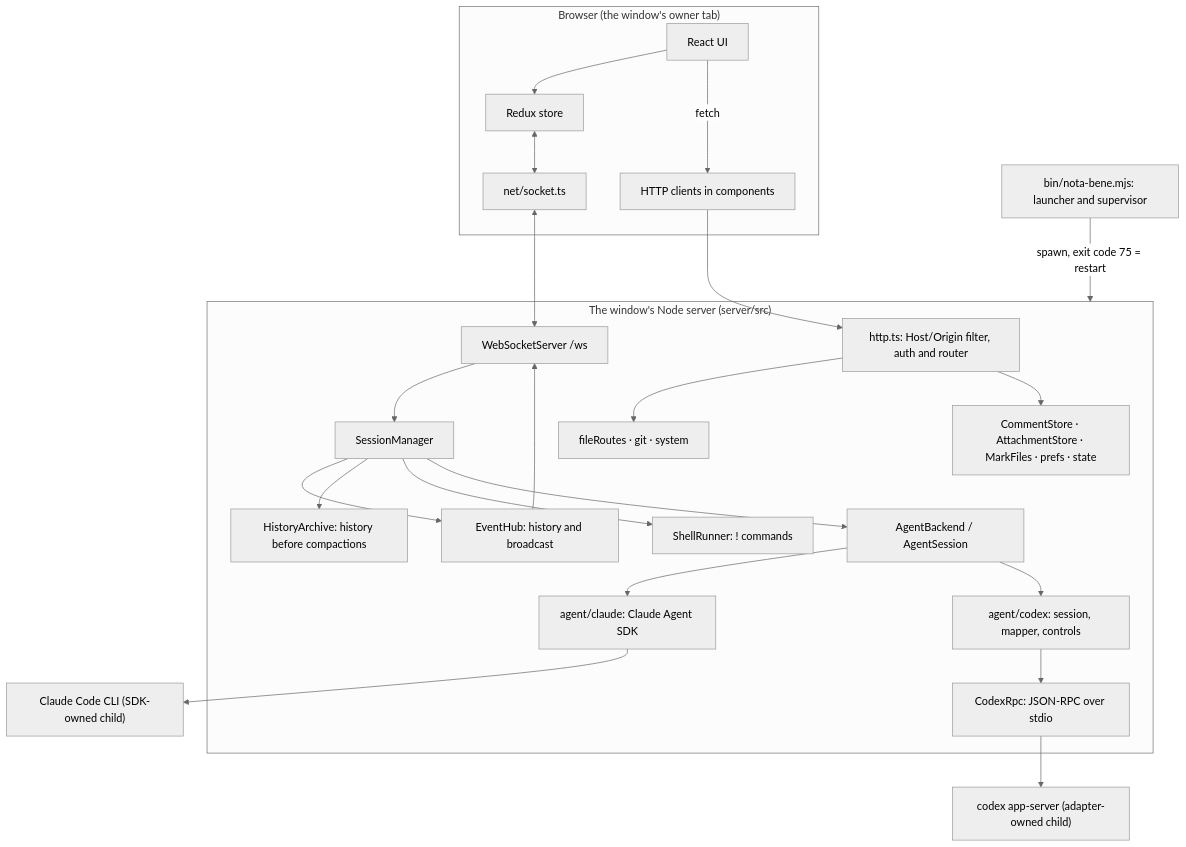
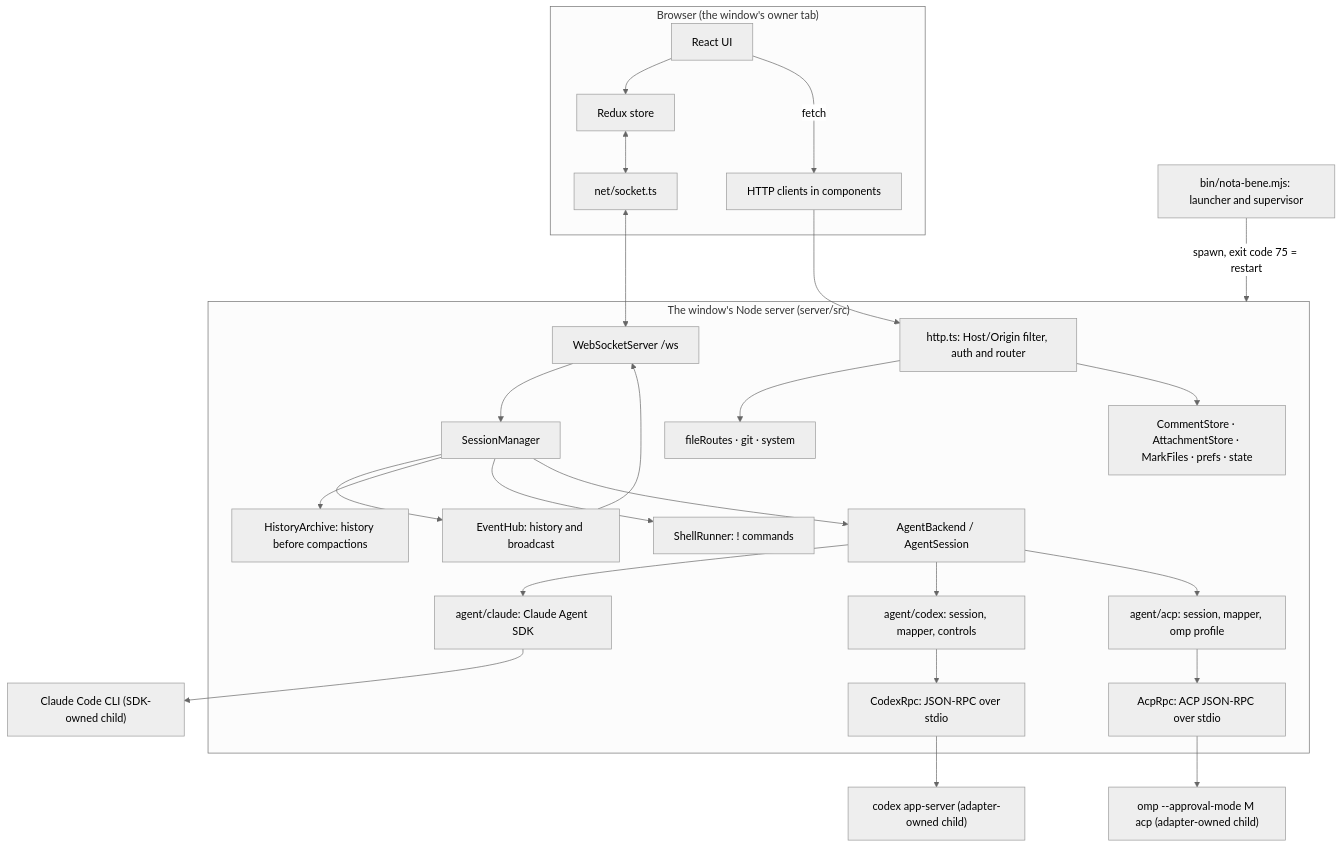
One commit to iCubeDm/nota-bene-ide changed the first of 4 diagrams in docs/architecture.md. Above: the diagram before and after it, drawn with Mermaid (neutral theme). The commit also changed other lines of this file and 46 other files, not shown here.

First line of the commit message:
gh-47: omp backend over ACP (#48)

````diff
--- a/docs/architecture.md
+++ b/docs/architecture.md
@@ -14,37 +16,41 @@
 ```mermaid
 flowchart TB
   subgraph Browser["Browser (the window's owner tab)"]
     UI["React UI"] --> RS["Redux store"]
     RS <--> WSC["net/socket.ts"]
     UI -- fetch --> HTTPC["HTTP clients in components"]
   end
   subgraph Server["The window's Node server (server/src)"]
     HTTP["http.ts: Host/Origin filter, auth and router"]
     WSS["WebSocketServer /ws"]
     HUB["EventHub: history and broadcast"]
     ARC["HistoryArchive: history before compactions"]
     SM["SessionManager"]
     SH["ShellRunner: ! commands"]
     STORES["CommentStore · AttachmentStore · MarkFiles · prefs · state"]
     FR["fileRoutes · git · system"]
     AB["AgentBackend / AgentSession"]
     SDK["agent/claude: Claude Agent SDK"]
     CX["agent/codex: session, mapper, controls"]
     RPC["CodexRpc: JSON-RPC over stdio"]
+    ACP["agent/acp: session, mapper, omp profile"]
+    ARPC["AcpRpc: ACP JSON-RPC over stdio"]
   end
   CLI["Claude Code CLI (SDK-owned child)"]
   CODEX["codex app-server (adapter-owned child)"]
+  OMP["omp --approval-mode M acp (adapter-owned child)"]
   L["bin/nota-bene.mjs: launcher and supervisor"]
   WSC <--> WSS
   HTTPC --> HTTP
   WSS --> SM
   SM --> HUB --> WSS
   SM --> ARC
   SM --> SH
   SM --> AB
   AB --> SDK --> CLI
   AB --> CX --> RPC --> CODEX
+  AB --> ACP --> ARPC --> OMP
   HTTP --> FR
   HTTP --> STORES
   L -- "spawn, exit code 75 = restart" --> Server
 ```
````
